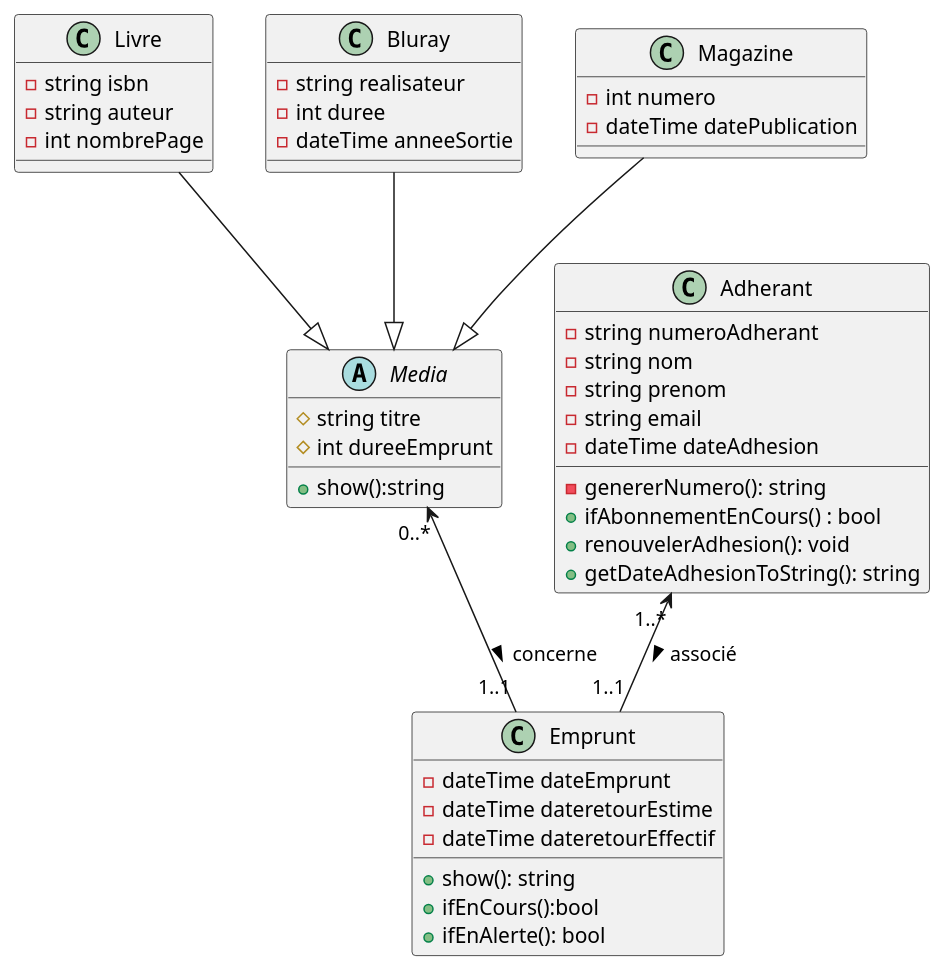
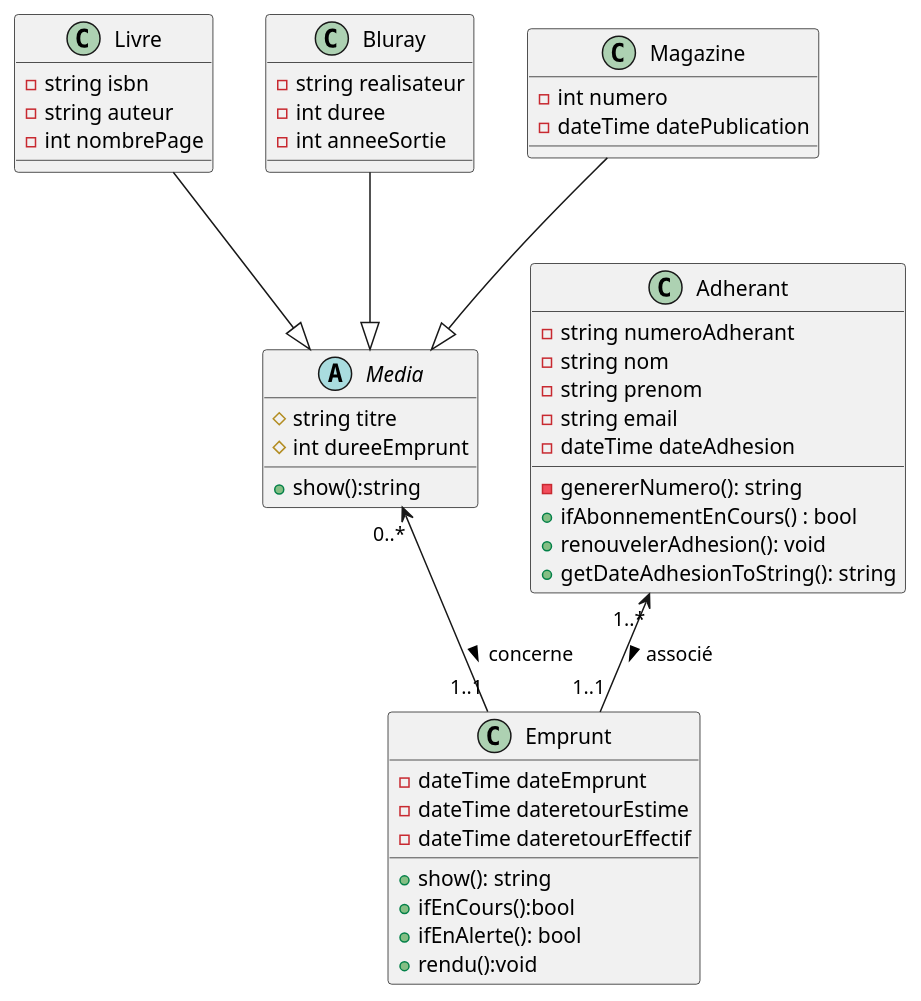
One commit to SNEAXIII/php-biblio changed the diagram in documentation/DiagBiblio.puml. Above: the diagram before and after it, drawn with PlantUML. The commit also changed 4 other files, not shown here.

```diff
--- a/documentation/DiagBiblio.puml
+++ b/documentation/DiagBiblio.puml
@@ -1,52 +1,53 @@
 @startuml
 
 Class Livre {
 -string isbn
 -string auteur
 -int nombrePage
 }
 
 Class Bluray {
 -string realisateur
 -int duree
--dateTime anneeSortie
+-int anneeSortie
 }
 
 Class Magazine {
 -int numero
 -dateTime datePublication
 }
 Abstract Class Media {
 #string titre
 #int dureeEmprunt
 + show():string
 }
 
 Class Adherant {
 -string numeroAdherant
 -string nom
 -string prenom
 -string email
 -dateTime dateAdhesion
 -genererNumero(): string
 +ifAbonnementEnCours() : bool
 +renouvelerAdhesion(): void
 +getDateAdhesionToString(): string
 }
 Class Emprunt {
 -dateTime dateEmprunt
 -dateTime dateretourEstime
 -dateTime dateretourEffectif
 +show(): string
 +ifEnCours():bool
 +ifEnAlerte(): bool
++rendu():void
 }
 
 
 
 Livre --|> Media
 Bluray --|> Media
 Magazine --|> Media
 Adherant "1..*" <-- "1..1" Emprunt  : associé >
 Media "0..*" <-- "1..1" Emprunt  : concerne >
 @enduml
```
